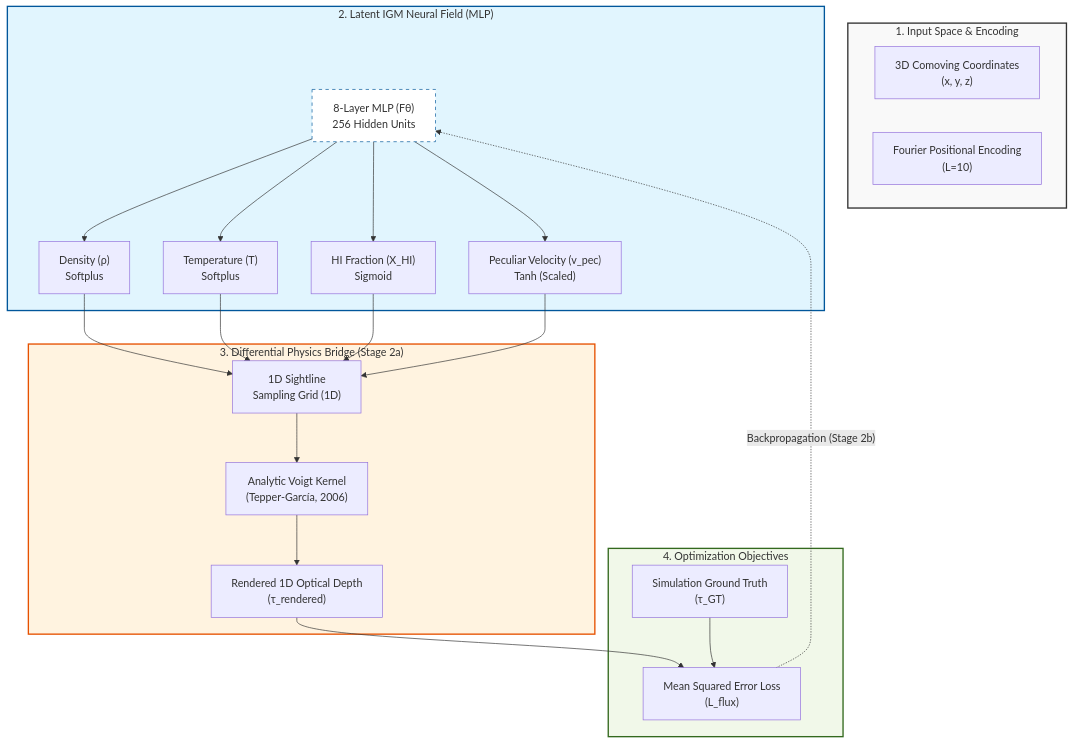
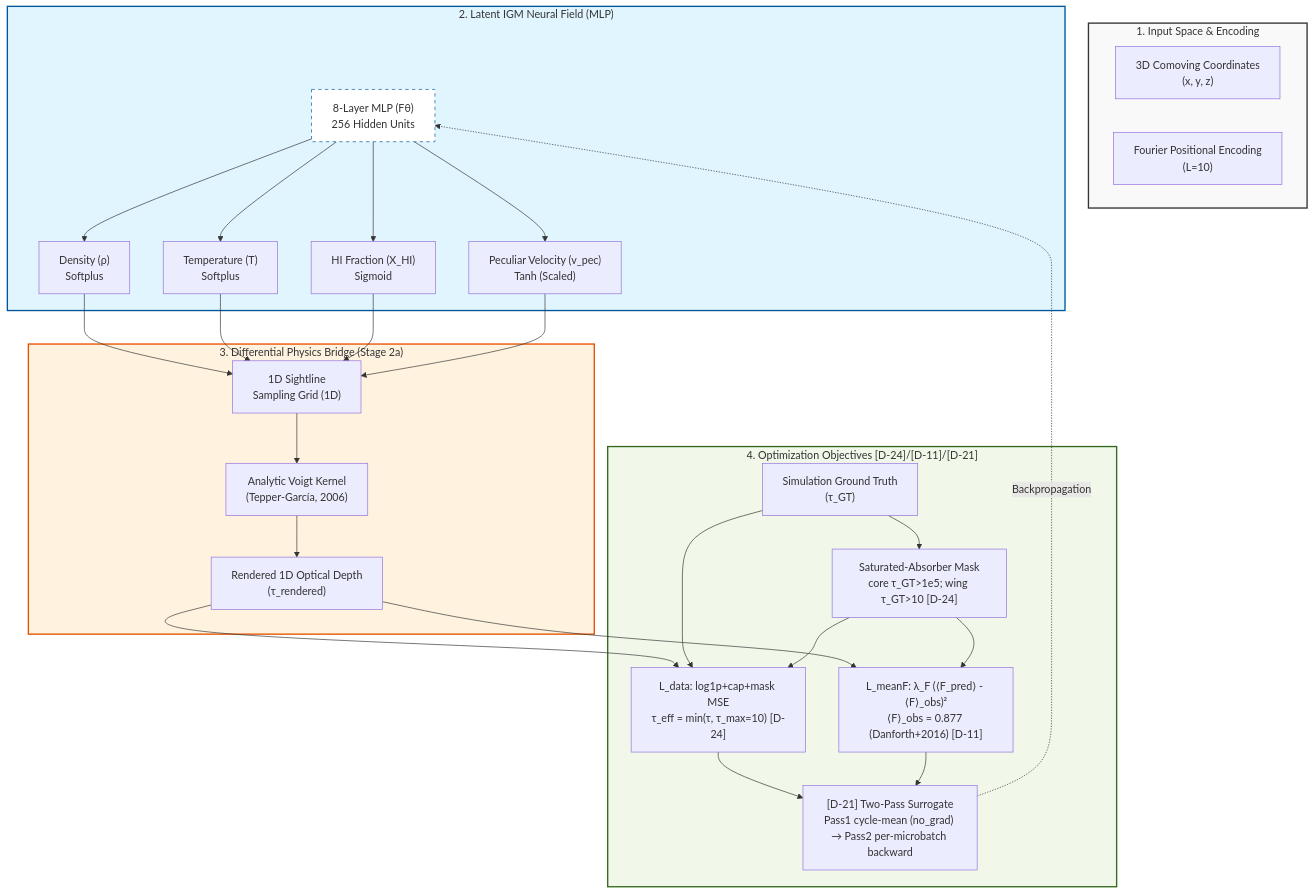
One commit to SujinHwang27/CosmoGasVision changed the diagram in experiments/nerf/LEDGER.md. Above: the diagram before and after it, drawn with Mermaid. The commit also changed other lines of this file, not shown here.

````diff
--- a/experiments/nerf/LEDGER.md
+++ b/experiments/nerf/LEDGER.md
@@ -5,39 +5,45 @@
 ```mermaid
 graph TD
     subgraph Input_Space["1. Input Space & Encoding"]
         COORD["3D Comoving Coordinates<br/>(x, y, z)"]
         FOURIER["Fourier Positional Encoding<br/>(L=10)"]
     end
 
     subgraph Neural_Field["2. Latent IGM Neural Field (MLP)"]
         MLP["8-Layer MLP (Fθ)<br/>256 Hidden Units"]
         MLP --> DENSITY["Density (ρ)<br/>Softplus"]
         MLP --> TEMP["Temperature (T)<br/>Softplus"]
         MLP --> HI["HI Fraction (X_HI)<br/>Sigmoid"]
         MLP --> VEL["Peculiar Velocity (v_pec)<br/>Tanh (Scaled)"]
     end
 
     subgraph Differentiable_Projector["3. Differential Physics Bridge (Stage 2a)"]
         SIGHTLINES["1D Sightline<br/>Sampling Grid (1D)"]
         VOIGT["Analytic Voigt Kernel<br/>(Tepper-García, 2006)"]
         
         DENSITY & TEMP & HI & VEL --> SIGHTLINES
         SIGHTLINES --> VOIGT
         VOIGT --> RENDERED_FLUX["Rendered 1D Optical Depth<br/>(τ_rendered)"]
     end
 
-    subgraph Supervision["4. Optimization Objectives"]
+    subgraph Supervision["4. Optimization Objectives [D-24]/[D-11]/[D-21]"]
         TRUTH["Simulation Ground Truth<br/>(τ_GT)"]
-        MSE["Mean Squared Error Loss<br/>(L_flux)"]
-        
-        RENDERED_FLUX & TRUTH --> MSE
-        MSE -.-> |"Backpropagation (Stage 2b)"| MLP
+        DLAMASK["Saturated-Absorber Mask<br/>core τ_GT&gt;1e5; wing τ_GT&gt;10 [D-24]"]
+        L_DATA["L_data: log1p+cap+mask MSE<br/>τ_eff = min(τ, τ_max=10) [D-24]"]
+        L_MEANF["L_meanF: λ_F (⟨F_pred⟩ - ⟨F⟩_obs)²<br/>⟨F⟩_obs = 0.877 (Danforth+2016) [D-11]"]
+        TWOPASS["[D-21] Two-Pass Surrogate<br/>Pass1 cycle-mean (no_grad) → Pass2 per-microbatch backward"]
+
+        TRUTH --> DLAMASK
+        RENDERED_FLUX & TRUTH & DLAMASK --> L_DATA
+        RENDERED_FLUX & DLAMASK --> L_MEANF
+        L_DATA & L_MEANF --> TWOPASS
+        TWOPASS -.-> |"Backpropagation"| MLP
     end
 
     %% Styling
     style Input_Space fill:#f9f9f9,stroke:#333,stroke-width:2px;
     style Neural_Field fill:#e1f5fe,stroke:#01579b,stroke-width:2px;
     style Differentiable_Projector fill:#fff3e0,stroke:#e65100,stroke-width:2px;
     style Supervision fill:#f1f8e9,stroke:#33691e,stroke-width:2px;
     style MLP fill:#fff,stroke:#01579b,stroke-dasharray: 5 5;
 ```
````
